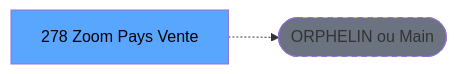
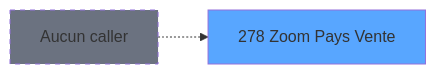
Before and after one commit to thonyAGP/magic-migration: the second of 3 diagrams in .openspec/specs/ADH-IDE-278.md, drawn with Mermaid. The commit also changed other lines of this file and 493 other files, not shown here.

````diff
--- a/.openspec/specs/ADH-IDE-278.md
+++ b/.openspec/specs/ADH-IDE-278.md
@@ -121,8 +156,8 @@
 ```mermaid
 graph LR
-    T[278 Zoom Pays Vente]
-    ORPHAN([ORPHELIN ou Main])
-    T -.-> ORPHAN
-    style T fill:#58a6ff,color:#000
-    style ORPHAN fill:#6b7280,stroke-dasharray: 5 5
+    T278[278 Zoom Pays Vente]
+    style T278 fill:#58a6ff
+    NONE[Aucun caller]
+    NONE -.-> T278
+    style NONE fill:#6b7280,stroke-dasharray: 5 5
 ```
````
